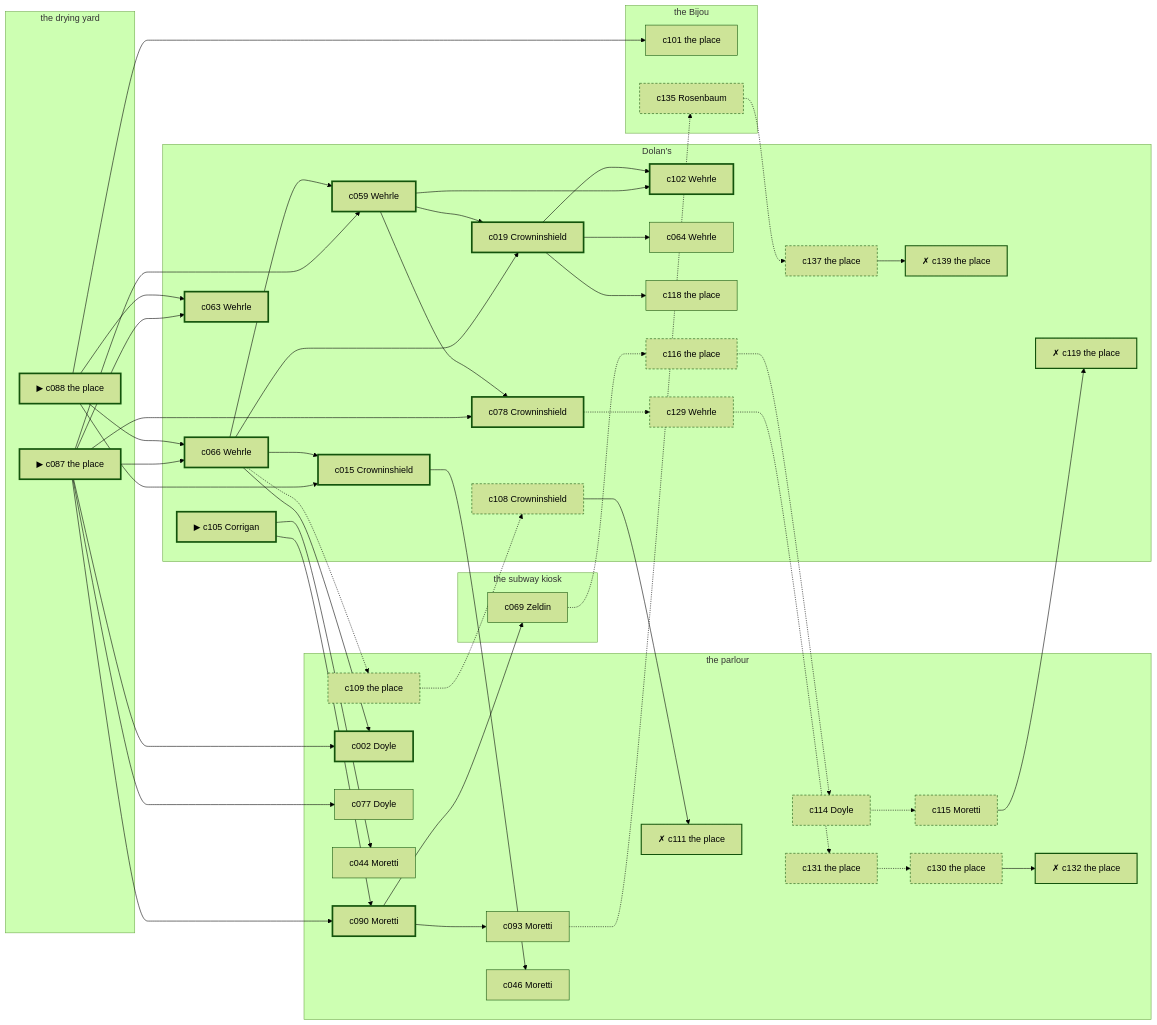
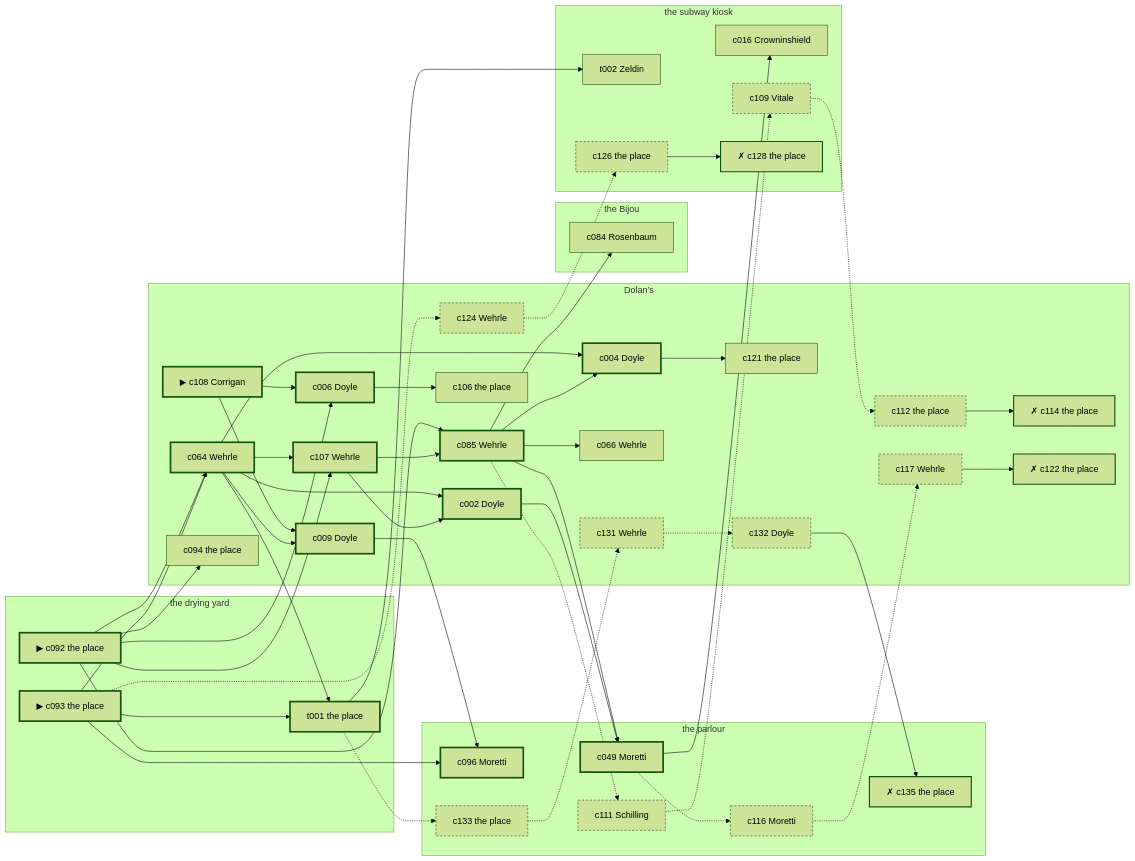
The diagram in docs/samples/case-11.md (lyamshin/dashiell), drawn with Mermaid (forest theme) before and after one commit. The commit also changed other lines of this file and 110 other files, not shown here.

````diff
--- a/docs/samples/case-11.md
+++ b/docs/samples/case-11.md
@@ -315,95 +696,96 @@
 ```mermaid
 graph LR
   subgraph P1["the parlour"]
-    c090["c090 Moretti"]
-    c002["c002 Doyle"]
-    c093["c093 Moretti"]
-    c077["c077 Doyle"]
-    c044["c044 Moretti"]
-    c046["c046 Moretti"]
-    c131["c131 the place"]
-    c130["c130 the place"]
-    c132["✗ c132 the place"]
-    c114["c114 Doyle"]
-    c115["c115 Moretti"]
-    c109["c109 the place"]
-    c111["✗ c111 the place"]
+    c049["c049 Moretti"]
+    c096["c096 Moretti"]
+    c111["c111 Schilling"]
+    c133["c133 the place"]
+    c135["✗ c135 the place"]
+    c116["c116 Moretti"]
   end
   subgraph P2["the subway kiosk"]
-    c069["c069 Zeldin"]
+    t002["t002 Zeldin"]
+    c016["c016 Crowninshield"]
+    c109["c109 Vitale"]
+    c126["c126 the place"]
+    c128["✗ c128 the place"]
   end
   subgraph P3["the Bijou"]
-    c101["c101 the place"]
-    c135["c135 Rosenbaum"]
+    c084["c084 Rosenbaum"]
   end
   subgraph P4["the drying yard"]
-    c087["▶ c087 the place"]
-    c088["▶ c088 the place"]
+    c092["▶ c092 the place"]
+    c093["▶ c093 the place"]
+    t001["t001 the place"]
   end
   subgraph P5["Dolan’s"]
-    c105["▶ c105 Corrigan"]
-    c063["c063 Wehrle"]
+    c108["▶ c108 Corrigan"]
+    c064["c064 Wehrle"]
+    c006["c006 Doyle"]
+    c107["c107 Wehrle"]
+    c085["c085 Wehrle"]
+    c002["c002 Doyle"]
+    c009["c009 Doyle"]
+    c004["c004 Doyle"]
     c066["c066 Wehrle"]
-    c059["c059 Wehrle"]
-    c019["c019 Crowninshield"]
-    c015["c015 Crowninshield"]
-    c078["c078 Crowninshield"]
-    c102["c102 Wehrle"]
-    c064["c064 Wehrle"]
-    c118["c118 the place"]
-    c129["c129 Wehrle"]
-    c116["c116 the place"]
-    c119["✗ c119 the place"]
-    c137["c137 the place"]
-    c139["✗ c139 the place"]
-    c108["c108 Crowninshield"]
+    c094["c094 the place"]
+    c106["c106 the place"]
+    c121["c121 the place"]
+    c112["c112 the place"]
+    c114["✗ c114 the place"]
+    c131["c131 Wehrle"]
+    c132["c132 Doyle"]
+    c117["c117 Wehrle"]
+    c122["✗ c122 the place"]
+    c124["c124 Wehrle"]
   end
-  c087 --> c063
-  c087 --> c066
-  c087 --> c059
-  c087 --> c078
-  c087 --> c090
-  c087 --> c002
-  c087 --> c077
-  c088 --> c063
-  c088 --> c066
-  c088 --> c015
-  c088 --> c101
-  c105 --> c090
-  c105 --> c044
-  c066 --> c059
-  c066 --> c019
-  c066 --> c015
-  c066 --> c002
-  c066 -.-> c109
-  c059 --> c019
-  c059 --> c078
-  c059 --> c102
-  c019 --> c102
-  c019 --> c064
-  c019 --> c118
-  c015 --> c046
-  c078 -.-> c129
-  c090 --> c069
-  c090 --> c093
-  c069 -.-> c116
-  c093 -.-> c135
-  c129 -.-> c131
-  c131 -.-> c130
-  c130 --> c132
-  c116 -.-> c114
-  c114 -.-> c115
-  c115 --> c119
-  c135 -.-> c137
-  c137 --> c139
-  c109 -.-> c108
-  c108 --> c111
+  c092 --> c064
+  c092 --> c006
+  c092 --> c107
+  c092 --> c085
+  c092 --> c094
+  c093 --> c064
+  c093 --> t001
+  c093 --> c096
+  c093 -.-> c124
+  c108 --> c006
+  c108 --> c009
+  c064 --> t001
+  c064 --> c107
+  c064 --> c002
+  c064 --> c009
+  c064 --> c004
+  t001 --> t002
+  t001 -.-> c133
+  c006 --> c106
+  c107 --> c085
+  c107 --> c002
+  c085 --> c004
+  c085 --> c049
+  c085 --> c084
+  c085 --> c066
+  c085 -.-> c111
+  c002 --> c049
+  c009 --> c096
+  c004 --> c121
+  c049 --> c016
+  c049 -.-> c116
+  c111 -.-> c109
+  c109 -.-> c112
+  c112 --> c114
+  c133 -.-> c131
+  c131 -.-> c132
+  c132 --> c135
+  c116 -.-> c117
+  c117 --> c122
+  c124 -.-> c126
+  c126 --> c128
   classDef spine stroke-width:3px;
   classDef corrob stroke-width:1px;
   classDef noise stroke-dasharray: 4 3;
   classDef disq stroke-width:2px,stroke-dasharray: 1 0;
-  class c087,c088,c105,c063,c066,c059,c019,c015,c078,c102,c090,c002 spine;
-  class c069,c101,c093,c077,c064,c044,c118,c046 corrob;
-  class c129,c131,c130,c116,c114,c115,c135,c137,c109,c108 noise;
-  class c132,c119,c139,c111 disq;
+  class c092,c093,c108,c064,t001,c006,c107,c085,c002,c009,c004,c049,c096 spine;
+  class t002,c084,c066,c094,c106,c016,c121 corrob;
+  class c111,c109,c112,c133,c131,c132,c116,c117,c124,c126 noise;
+  class c114,c135,c122,c128 disq;
 ```
````
